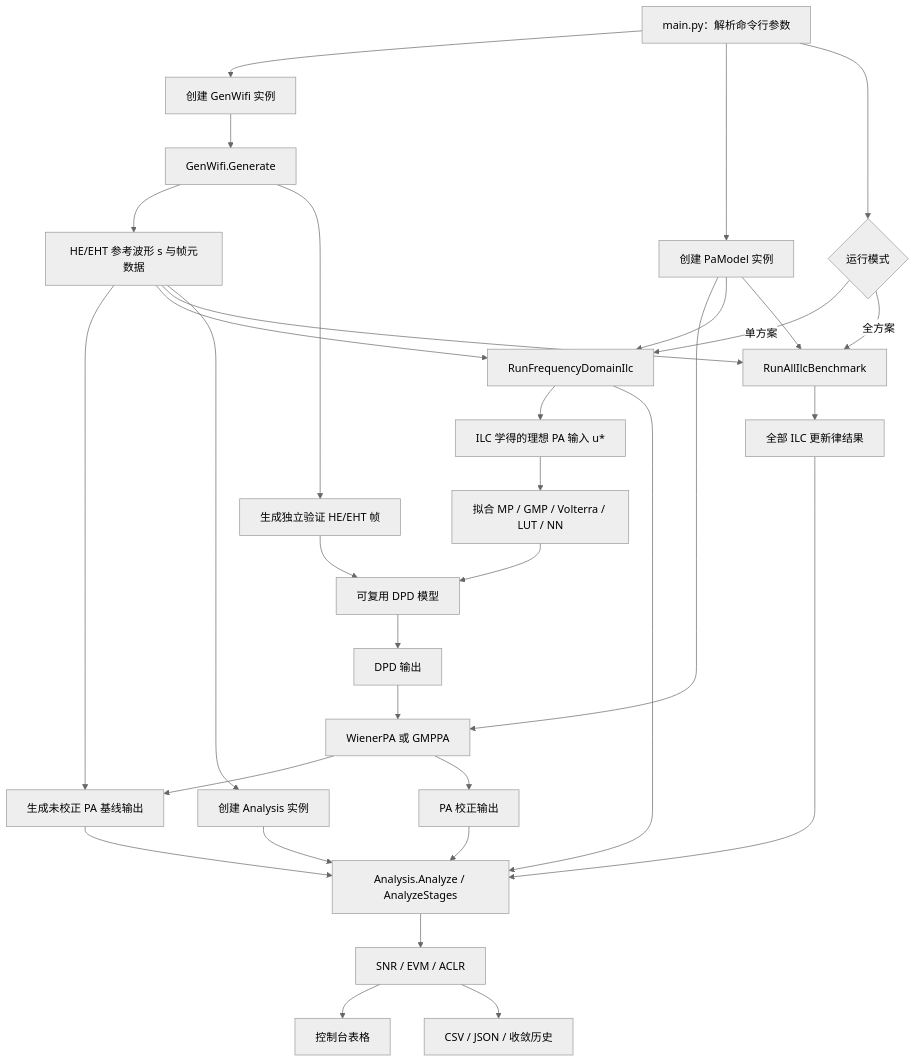
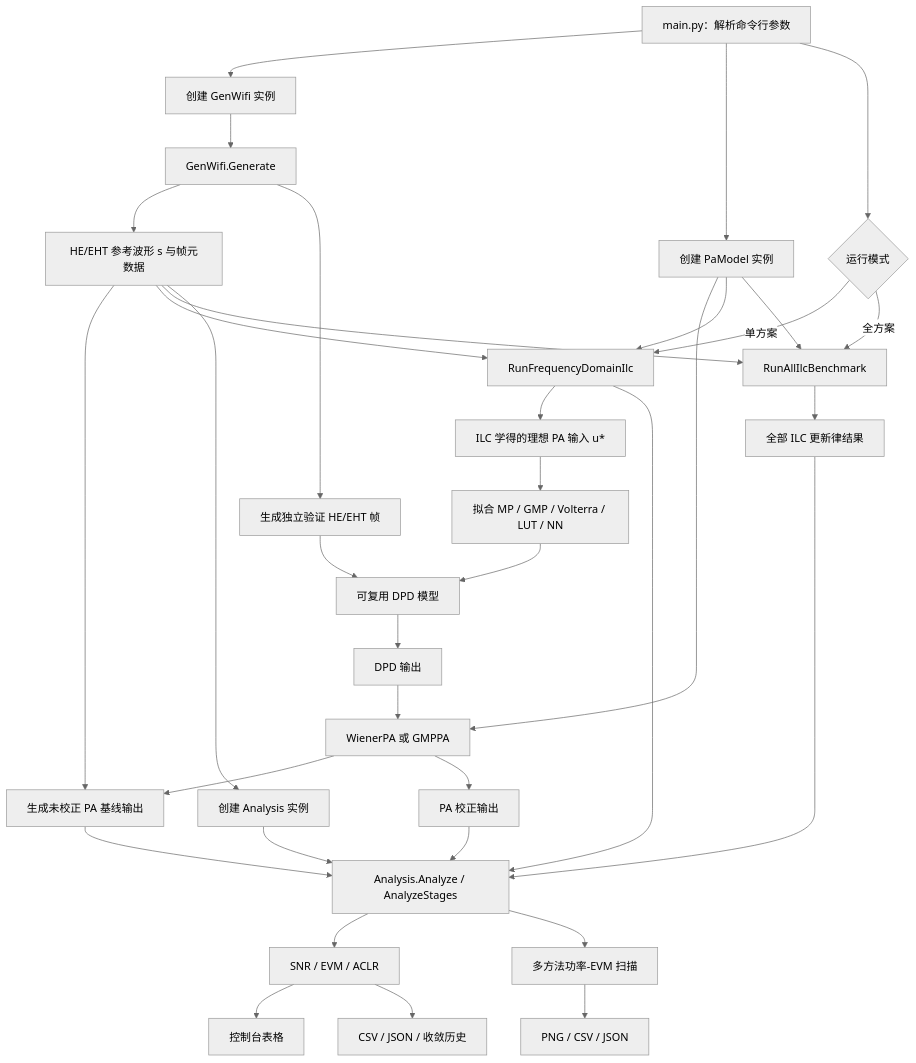
The first of 9 diagrams in README.md (niyilu45/DPD_ILC), drawn with Mermaid (neutral theme) before and after one commit. The commit also changed other lines of this file and 6 other files, not shown here.

Commit message:
Add multi-method power-EVM curves

````diff
--- a/README.md
+++ b/README.md
@@ -24,40 +32,42 @@
 ```mermaid
 flowchart TD
     start["main.py：解析命令行参数"] --> wifiGenerator["创建 GenWifi 实例"]
     wifiGenerator --> waveGen["GenWifi.Generate"]
     waveGen --> reference["HE/EHT 参考波形 s 与帧元数据"]
 
     start --> paModel["创建 PaModel 实例"]
     paModel --> paImplementation["WienerPA 或 GMPPA"]
     reference --> baseline["生成未校正 PA 基线输出"]
     paImplementation --> baseline
 
     start --> mode{"运行模式"}
     mode -->|单方案| frequencyIlc["RunFrequencyDomainIlc"]
     mode -->|全方案| benchmark["RunAllIlcBenchmark"]
     reference --> frequencyIlc
     paModel --> frequencyIlc
     reference --> benchmark
     paModel --> benchmark
 
     frequencyIlc --> learnedInput["ILC 学得的理想 PA 输入 u*"]
     benchmark --> variantResults["全部 ILC 更新律结果"]
     learnedInput --> deployFit["拟合 MP / GMP / Volterra / LUT / NN"]
     deployFit --> deployedDpd["可复用 DPD 模型"]
 
     waveGen --> validation["生成独立验证 HE/EHT 帧"]
     validation --> deployedDpd
     deployedDpd --> predistortedInput["DPD 输出"]
     predistortedInput --> paImplementation
     paImplementation --> correctedOutput["PA 校正输出"]
 
     reference --> analysis["创建 Analysis 实例"]
     baseline --> analysisMethod["Analysis.Analyze / AnalyzeStages"]
     frequencyIlc --> analysisMethod
     variantResults --> analysisMethod
     correctedOutput --> analysisMethod
     analysis --> analysisMethod
     analysisMethod --> metrics["SNR / EVM / ACLR"]
+    analysisMethod --> powerCurve["多方法功率-EVM 扫描"]
     metrics --> console["控制台表格"]
     metrics --> files["CSV / JSON / 收敛历史"]
+    powerCurve --> curveFiles["PNG / CSV / JSON"]
 ```
````
